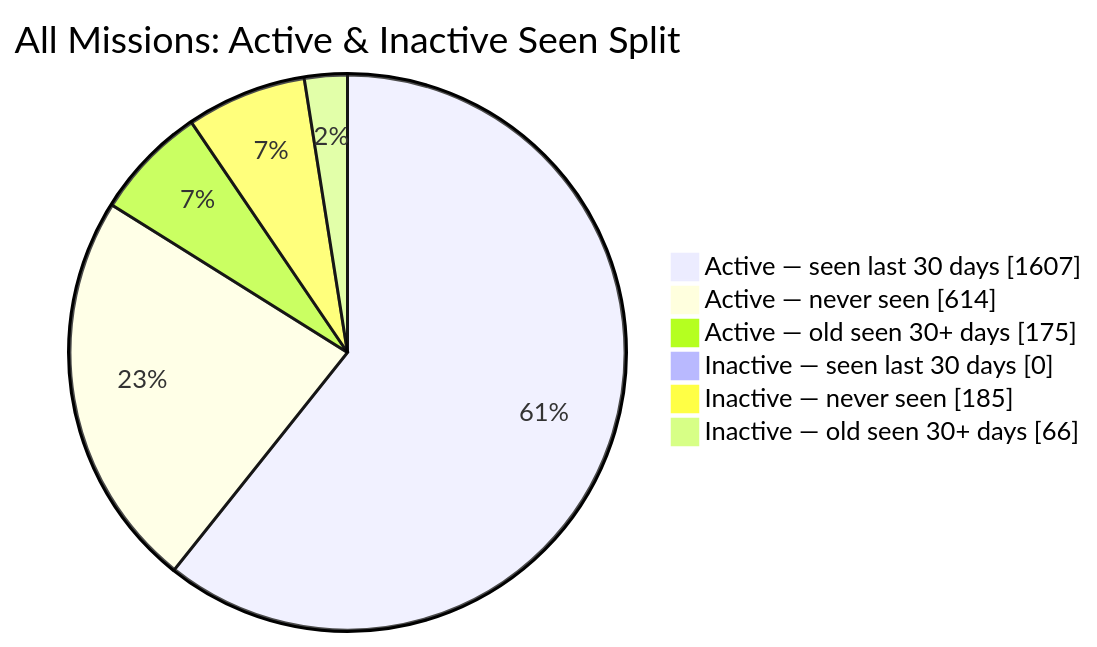
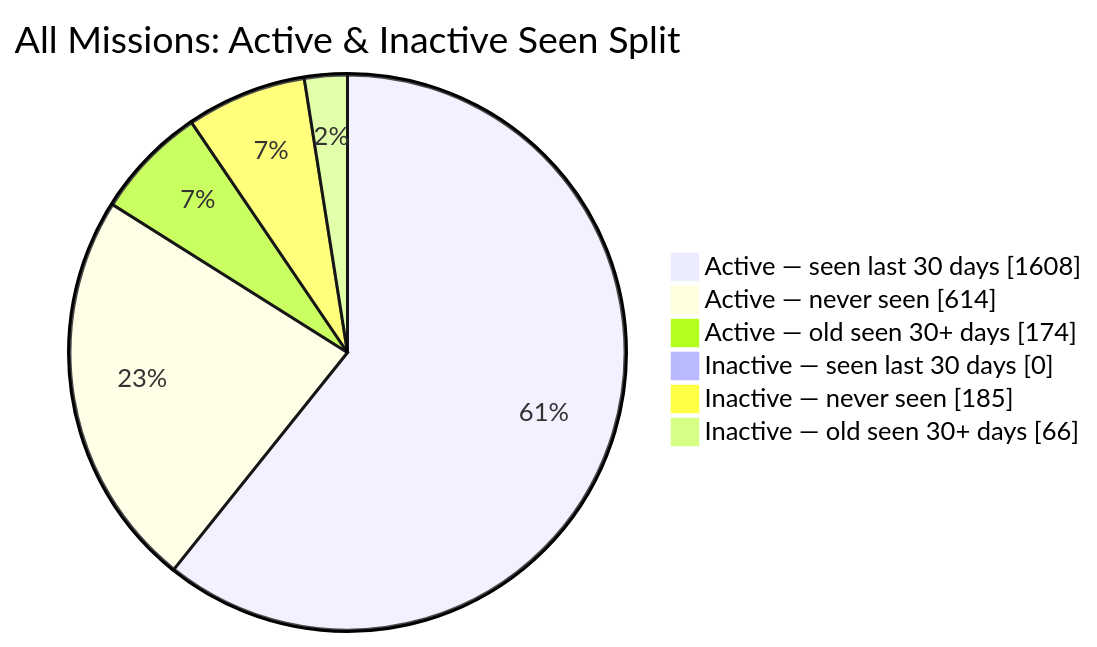
Before and after one commit to MeldkamerspelGameTeam/active-missions: the second of 2 diagrams in README.md, drawn with Mermaid. The commit also changed other lines of this file and 3 other files, not shown here.

````diff
--- a/README.md
+++ b/README.md
@@ -44,10 +44,10 @@
 ```mermaid
 pie showData
     title All Missions: Active & Inactive Seen Split
-    "Active — seen last 30 days" : 1607
+    "Active — seen last 30 days" : 1608
     "Active — never seen" : 614
-    "Active — old seen 30+ days" : 175
+    "Active — old seen 30+ days" : 174
     "Inactive — seen last 30 days" : 0
     "Inactive — never seen" : 185
     "Inactive — old seen 30+ days" : 66
 ```
````
